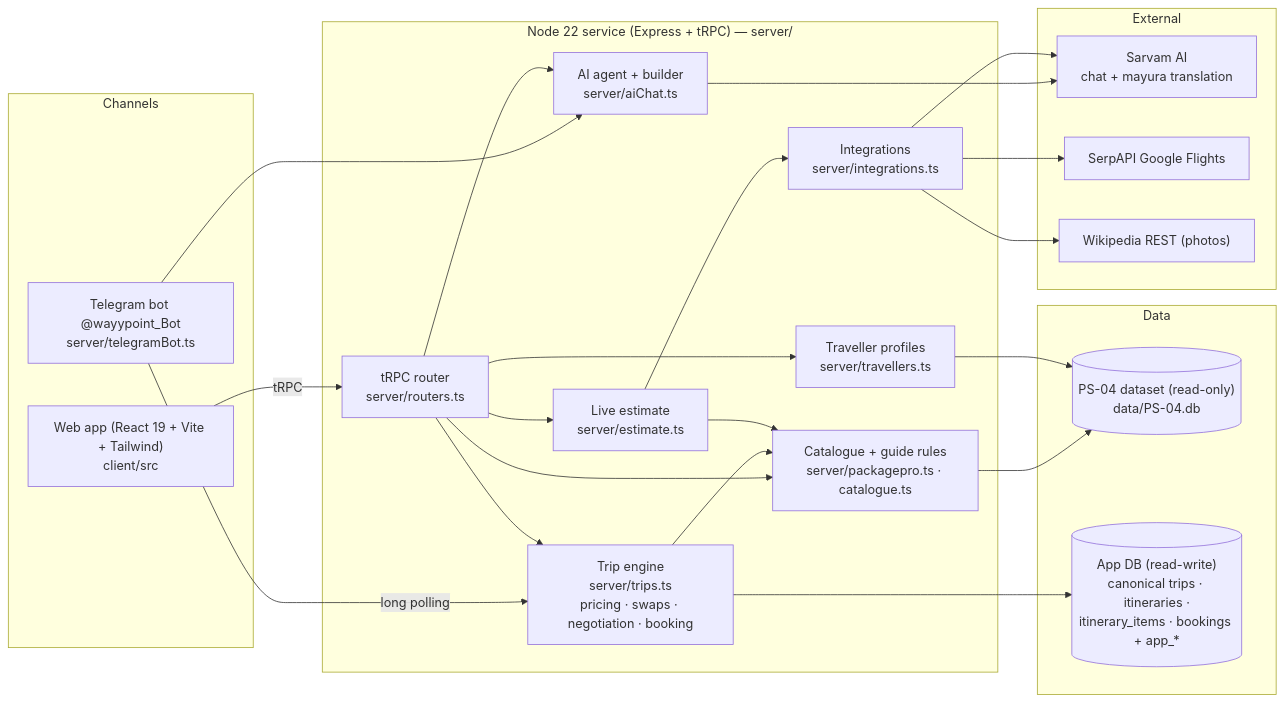
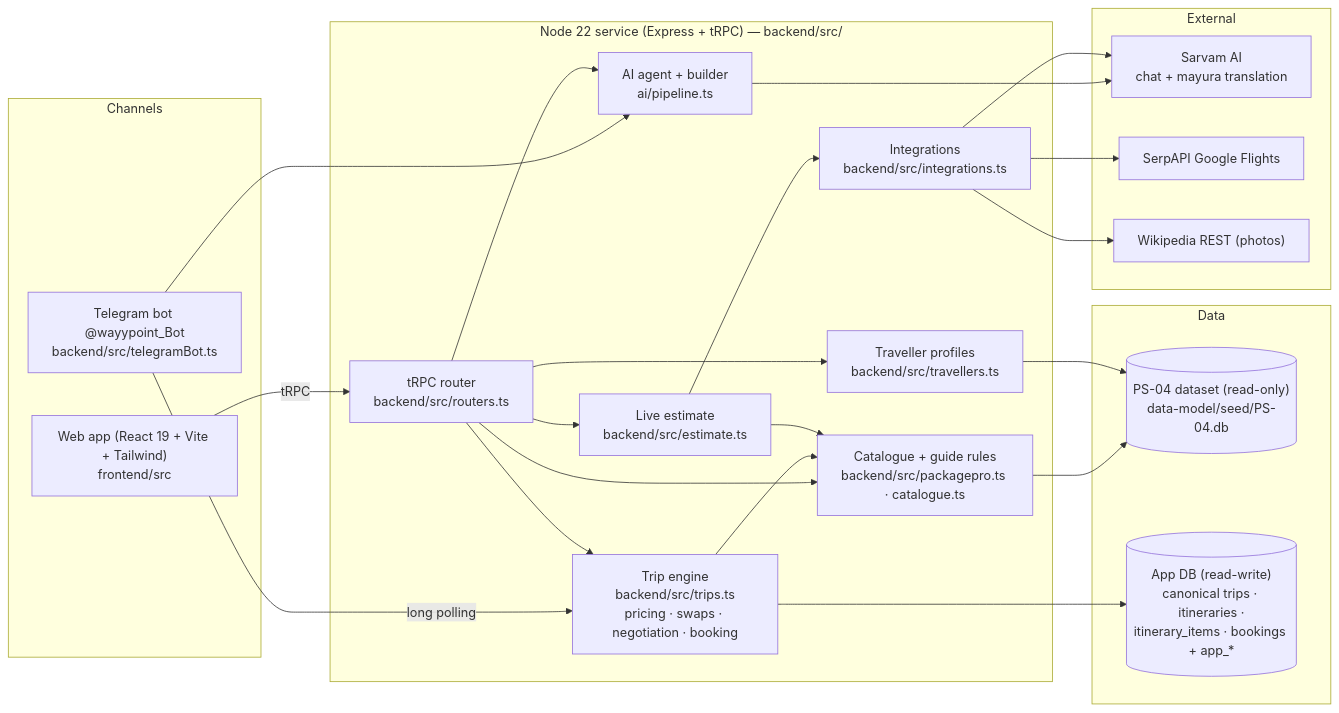
One commit to siddhartha0132/packagepro-best changed the diagram in docs/ARCHITECTURE.md. Above: the diagram before and after it, drawn with Mermaid. The commit also changed other lines of this file and 188 other files, not shown here.

````diff
--- a/docs/ARCHITECTURE.md
+++ b/docs/ARCHITECTURE.md
@@ -6,36 +6,36 @@
 ```mermaid
 flowchart LR
   subgraph Channels
-    WEB["Web app (React 19 + Vite + Tailwind)<br/>client/src"]
-    TG["Telegram bot @wayypoint_Bot<br/>server/telegramBot.ts"]
+    WEB["Web app (React 19 + Vite + Tailwind)<br/>frontend/src"]
+    TG["Telegram bot @wayypoint_Bot<br/>backend/src/telegramBot.ts"]
   end
-  subgraph Server["Node 22 service (Express + tRPC) — server/"]
-    API["tRPC router<br/>server/routers.ts"]
-    ENGINE["Trip engine<br/>server/trips.ts<br/>pricing · swaps · negotiation · booking"]
-    CAT["Catalogue + guide rules<br/>server/packagepro.ts · catalogue.ts"]
-    TRAV["Traveller profiles<br/>server/travellers.ts"]
-    EST["Live estimate<br/>server/estimate.ts"]
-    AI["AI agent + builder<br/>server/aiChat.ts"]
-    INT["Integrations<br/>server/integrations.ts"]
+  subgraph Server["Node 22 service (Express + tRPC) — backend/src/"]
+    API["tRPC router<br/>backend/src/routers.ts"]
+    ENGINE["Trip engine<br/>backend/src/trips.ts<br/>pricing · swaps · negotiation · booking"]
+    CAT["Catalogue + guide rules<br/>backend/src/packagepro.ts · catalogue.ts"]
+    TRAV["Traveller profiles<br/>backend/src/travellers.ts"]
+    EST["Live estimate<br/>backend/src/estimate.ts"]
+    AI["AI agent + builder<br/>ai/pipeline.ts"]
+    INT["Integrations<br/>backend/src/integrations.ts"]
   end
   subgraph Data
-    DS[("PS-04 dataset (read-only)<br/>data/PS-04.db")]
+    DS[("PS-04 dataset (read-only)<br/>data-model/seed/PS-04.db")]
     APP[("App DB (read-write)<br/>canonical trips · itineraries ·<br/>itinerary_items · bookings + app_*")]
   end
   subgraph External
     SARVAM["Sarvam AI<br/>chat + mayura translation"]
     SERP["SerpAPI Google Flights"]
     WIKI["Wikipedia REST (photos)"]
   end
   WEB -- tRPC --> API
   TG -- long polling --> ENGINE
   TG --> AI
   API --> ENGINE & EST & AI & CAT & TRAV
   ENGINE --> CAT
   ENGINE --> APP
   CAT --> DS
   TRAV --> DS
   EST --> INT & CAT
   AI --> SARVAM
   INT --> SERP & SARVAM & WIKI
 ```
````
